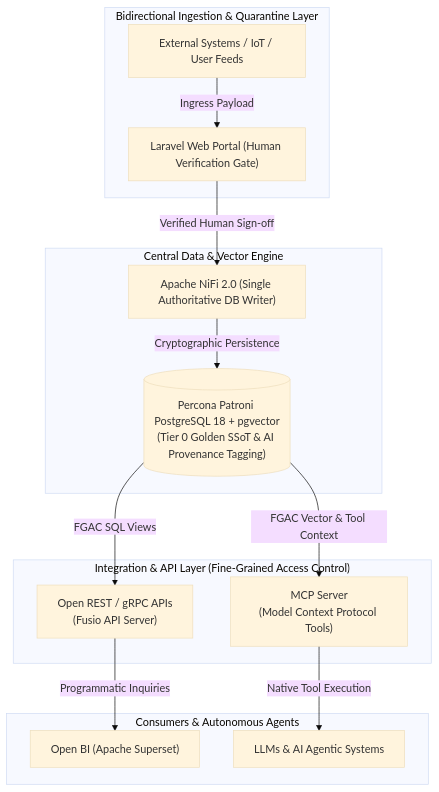
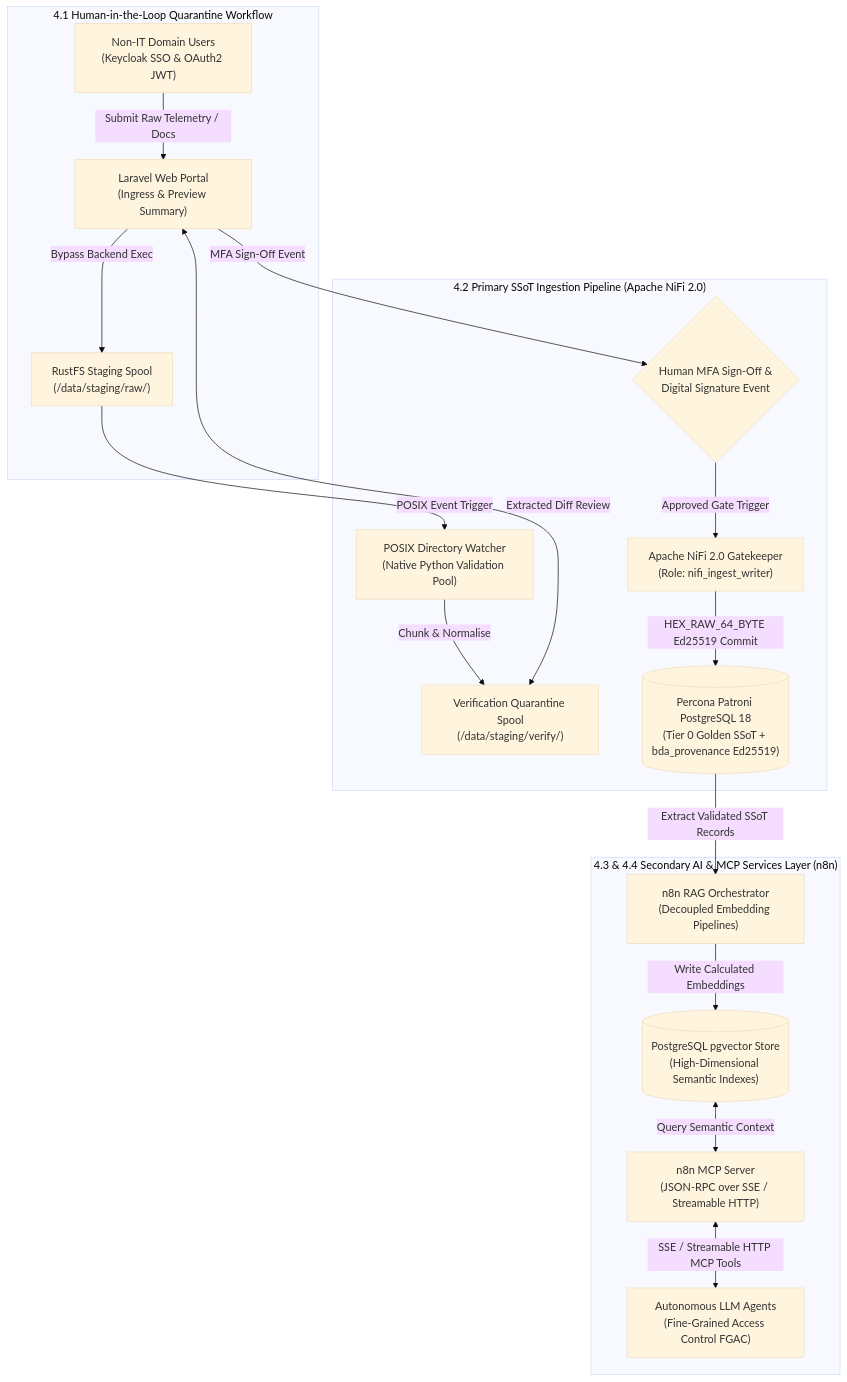
The third of 3 diagrams in docs/IT-MANAGEMENT-PROPOSAL.md (linuxmalaysia/bda-ai-infra), drawn with Mermaid (base theme) before and after one commit. The commit also changed other lines of this file, not shown here.

First line of the commit message:
docs: add Chapter 4 Dual-Pipeline Big Data Architecture to proposal

````diff
--- a/docs/IT-MANAGEMENT-PROPOSAL.md
+++ b/docs/IT-MANAGEMENT-PROPOSAL.md
@@ -707,30 +778,37 @@
 ```mermaid
 flowchart TD
-    subgraph Ingestion ["Bidirectional Ingestion & Quarantine Layer"]
-        Ext["External Systems / IoT / User Feeds"]
-        Laravel["Laravel Web Portal (Human Verification Gate)"]
+    subgraph DP_HITL ["4.1 Human-in-the-Loop Quarantine Workflow"]
+        DP_User["Non-IT Domain Users\n(Keycloak SSO & OAuth2 JWT)"]
+        DP_Laravel["Laravel Web Portal\n(Ingress & Preview Summary)"]
+        DP_RustFS["RustFS Staging Spool\n(/data/staging/raw/)"]
     end
 
-    subgraph Core ["Central Data & Vector Engine"]
-        NiFi["Apache NiFi 2.0 (Single Authoritative DB Writer)"]
-        Postgres[("Percona Patroni PostgreSQL 18 + pgvector\n(Tier 0 Golden SSoT & AI Provenance Tagging)")]
+    subgraph DP_Primary ["4.2 Primary SSoT Ingestion Pipeline (Apache NiFi 2.0)"]
+        DP_Watcher["POSIX Directory Watcher\n(Native Python Validation Pool)"]
+        DP_VerifySpool["Verification Quarantine Spool\n(/data/staging/verify/)"]
+        DP_MFAApproval{"Human MFA Sign-Off &\nDigital Signature Event"}
+        DP_NiFiGate["Apache NiFi 2.0 Gatekeeper\n(Role: nifi_ingest_writer)"]
+        DP_PostgresSSoT[("Percona Patroni PostgreSQL 18\n(Tier 0 Golden SSoT + bda_provenance Ed25519)")]
     end
 
-    subgraph Integration ["Integration & API Layer (Fine-Grained Access Control)"]
-        REST["Open REST / gRPC APIs\n(Fusio API Server)"]
-        MCP["MCP Server\n(Model Context Protocol Tools)"]
+    subgraph DP_Secondary ["4.3 & 4.4 Secondary AI & MCP Services Layer (n8n)"]
+        DP_n8nRAG["n8n RAG Orchestrator\n(Decoupled Embedding Pipelines)"]
+        DP_PgVector[("PostgreSQL pgvector Store\n(High-Dimensional Semantic Indexes)")]
+        DP_n8nMCP["n8n MCP Server\n(JSON-RPC over SSE / Streamable HTTP)"]
+        DP_LLMAgents["Autonomous LLM Agents\n(Fine-Grained Access Control FGAC)"]
     end
 
-    subgraph Consumers ["Consumers & Autonomous Agents"]
-        BI["Open BI (Apache Superset)"]
-        AI["LLMs & AI Agentic Systems"]
-    end
+    DP_User -->|"Submit Raw Telemetry / Docs"| DP_Laravel
+    DP_Laravel -->|"Bypass Backend Exec"| DP_RustFS
+    DP_RustFS -->|"POSIX Event Trigger"| DP_Watcher
+    DP_Watcher -->|"Chunk & Normalise"| DP_VerifySpool
+    DP_VerifySpool <-->|"Extracted Diff Review"| DP_Laravel
+    DP_Laravel -->|"MFA Sign-Off Event"| DP_MFAApproval
+    DP_MFAApproval -->|"Approved Gate Trigger"| DP_NiFiGate
+    DP_NiFiGate -->|"HEX_RAW_64_BYTE Ed25519 Commit"| DP_PostgresSSoT
 
-    Ext -->|"Ingress Payload"| Laravel
-    Laravel -->|"Verified Human Sign-off"| NiFi
-    NiFi -->|"Cryptographic Persistence"| Postgres
-    Postgres -->|"FGAC SQL Views"| REST
-    Postgres -->|"FGAC Vector & Tool Context"| MCP
-    REST -->|"Programmatic Inquiries"| BI
-    MCP -->|"Native Tool Execution"| AI
+    DP_PostgresSSoT -->|"Extract Validated SSoT Records"| DP_n8nRAG
+    DP_n8nRAG -->|"Write Calculated Embeddings"| DP_PgVector
+    DP_PgVector <-->|"Query Semantic Context"| DP_n8nMCP
+    DP_n8nMCP <-->|"SSE / Streamable HTTP MCP Tools"| DP_LLMAgents
 ```
````
